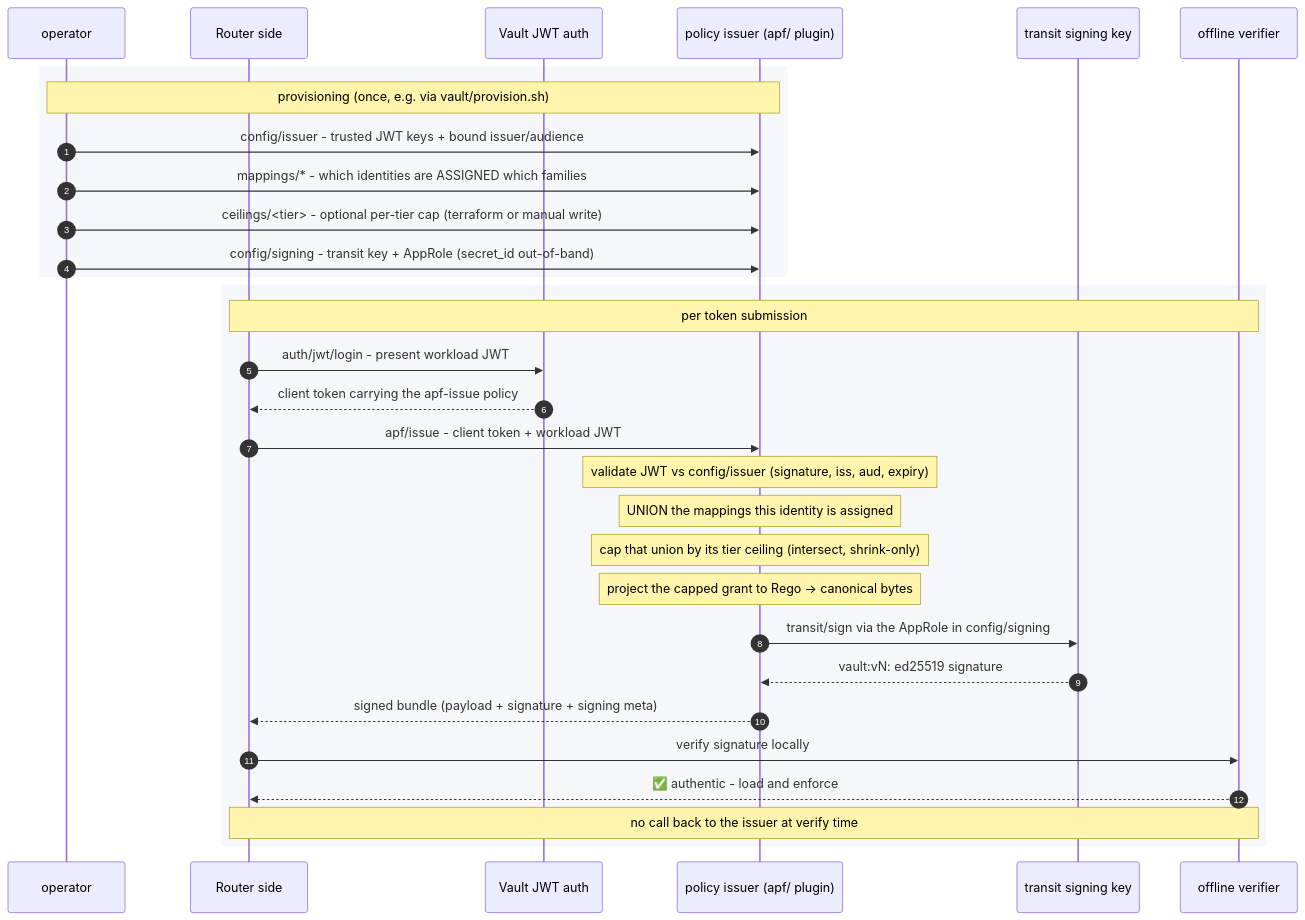
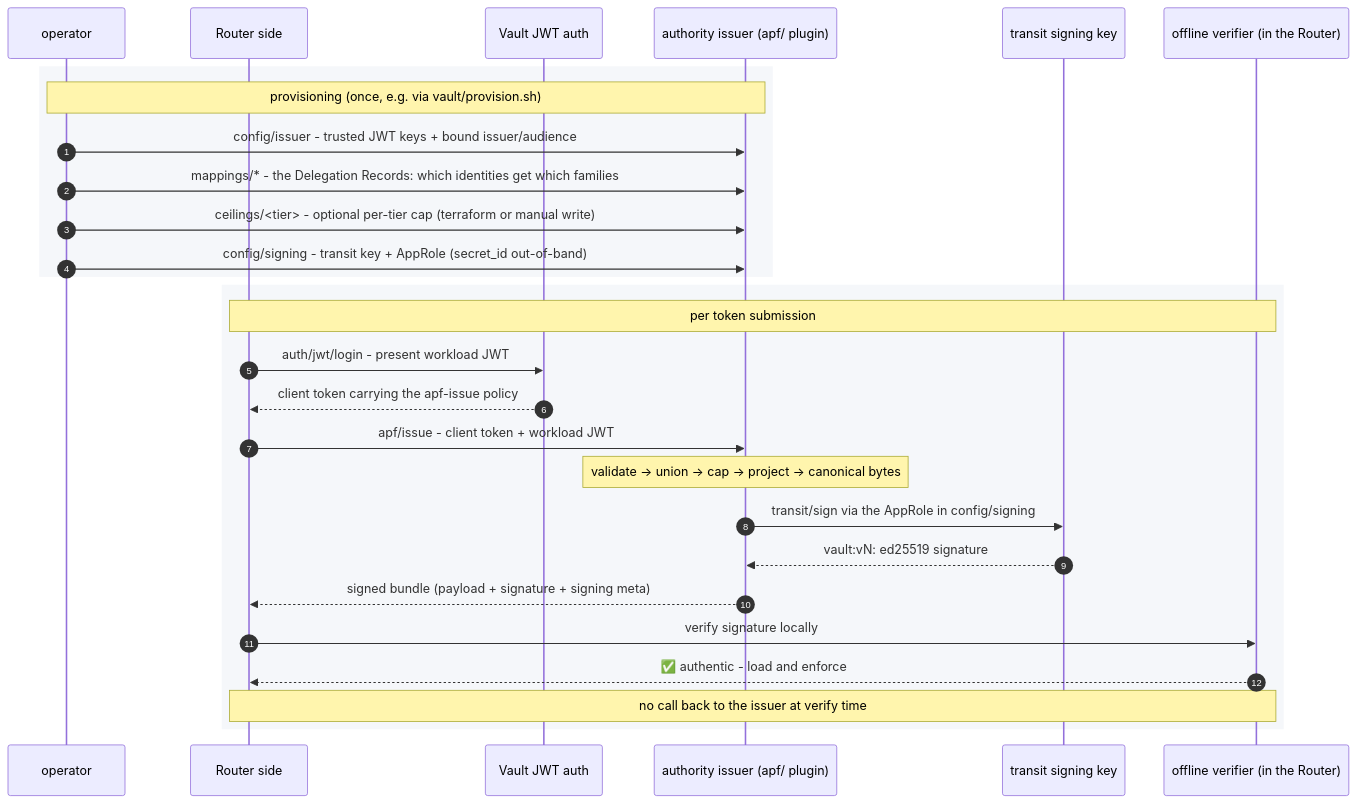
Before and after one commit to getglad/ws4-odis: the third of 4 diagrams in contract-harness/docs/run-modes.md, drawn with Mermaid. The commit also changed other lines of this file and 5 other files, not shown here.

````diff
--- a/contract-harness/docs/run-modes.md
+++ b/contract-harness/docs/run-modes.md
@@ -177,35 +304,32 @@
 ```mermaid
 sequenceDiagram
     autonumber
     participant OP as operator
     participant R as Router side
     participant A as Vault JWT auth
-    participant I as policy issuer (apf/ plugin)
+    participant I as authority issuer (apf/ plugin)
     participant S as transit signing key
-    participant V as offline verifier
+    participant V as offline verifier (in the Router)
 
     rect rgb(245, 247, 250)
     Note over OP,I: provisioning (once, e.g. via vault/provision.sh)
     OP->>I: config/issuer - trusted JWT keys + bound issuer/audience
-    OP->>I: mappings/* - which identities are ASSIGNED which families
+    OP->>I: mappings/* - the Delegation Records: which identities get which families
     OP->>I: ceilings/<tier> - optional per-tier cap (terraform or manual write)
     OP->>I: config/signing - transit key + AppRole (secret_id out-of-band)
     end
 
     rect rgb(245, 247, 250)
     Note over R,V: per token submission
     R->>A: auth/jwt/login - present workload JWT
     A-->>R: client token carrying the apf-issue policy
     R->>I: apf/issue - client token + workload JWT
-    Note over I: validate JWT vs config/issuer (signature, iss, aud, expiry)
-    Note over I: UNION the mappings this identity is assigned
-    Note over I: cap that union by its tier ceiling (intersect, shrink-only)
-    Note over I: project the capped grant to Rego → canonical bytes
+    Note over I: validate -> union -> cap -> project -> canonical bytes
     I->>S: transit/sign via the AppRole in config/signing
     S-->>I: vault:vN: ed25519 signature
     I-->>R: signed bundle (payload + signature + signing meta)
     R->>V: verify signature locally
     V-->>R: ✅ authentic - load and enforce
     Note over R,V: no call back to the issuer at verify time
     end
 ```
````
